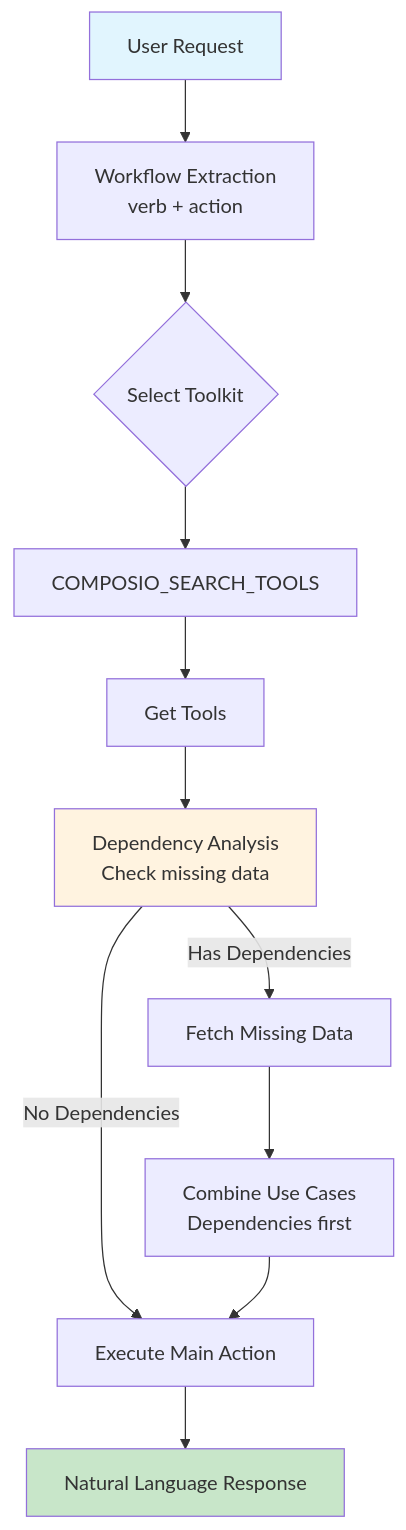
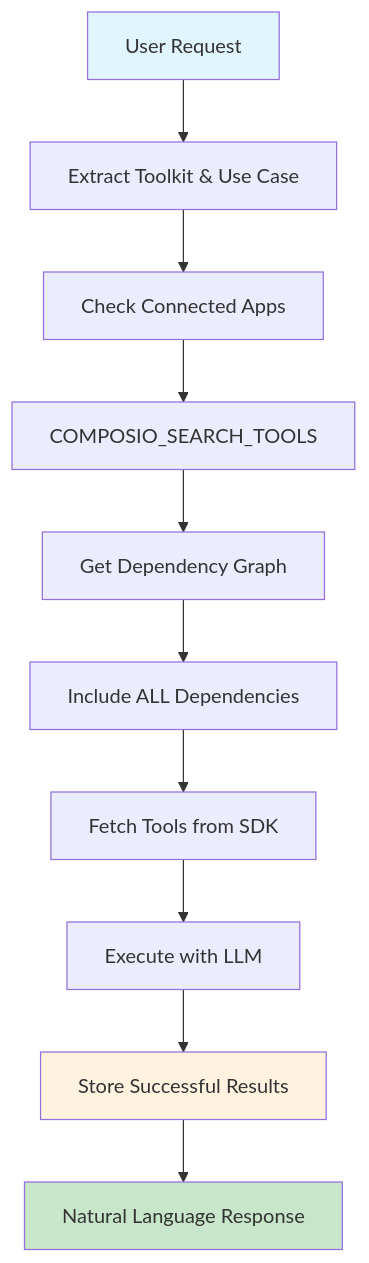
Before and after one commit to standujar/plugin-composio: the first of 2 diagrams in README.md, drawn with Mermaid. The commit also changed other lines of this file and 1 other file, not shown here.

Commit message:
feat: update version to 1.2.21 in package.json and enhance README with new user modes and actions for Composio integration

````diff
--- a/README.md
+++ b/README.md
@@ -173,17 +207,16 @@
 ```mermaid
 graph TD
-    A[User Request] --> B[Workflow Extraction<br/>verb + action]
-    B --> C{Select Toolkit}
+    A[User Request] --> B[Extract Toolkit & Use Case]
+    B --> C[Check Connected Apps]
     C --> D[COMPOSIO_SEARCH_TOOLS]
-    D --> E[Get Tools]
-    E --> F[Dependency Analysis<br/>Check missing data]
-    F -->|Has Dependencies| G[Fetch Missing Data]
-    F -->|No Dependencies| H[Execute Main Action]
-    G --> I[Combine Use Cases<br/>Dependencies first]
-    I --> H
-    H --> J[Natural Language Response]
+    D --> E[Get Dependency Graph]
+    E --> F[Include ALL Dependencies]
+    F --> G[Fetch Tools from SDK]
+    G --> H[Execute with LLM]
+    H --> I[Store Successful Results]
+    I --> J[Natural Language Response]
     
     style A fill:#e1f5fe
     style J fill:#c8e6c9
-    style F fill:#fff3e0
+    style I fill:#fff3e0
 ```
````
